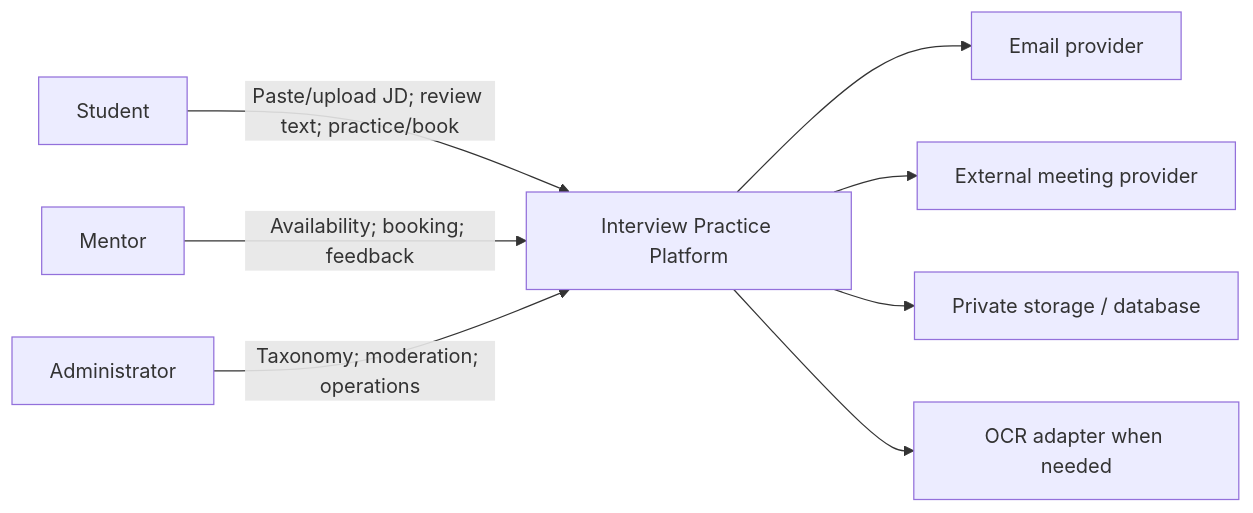
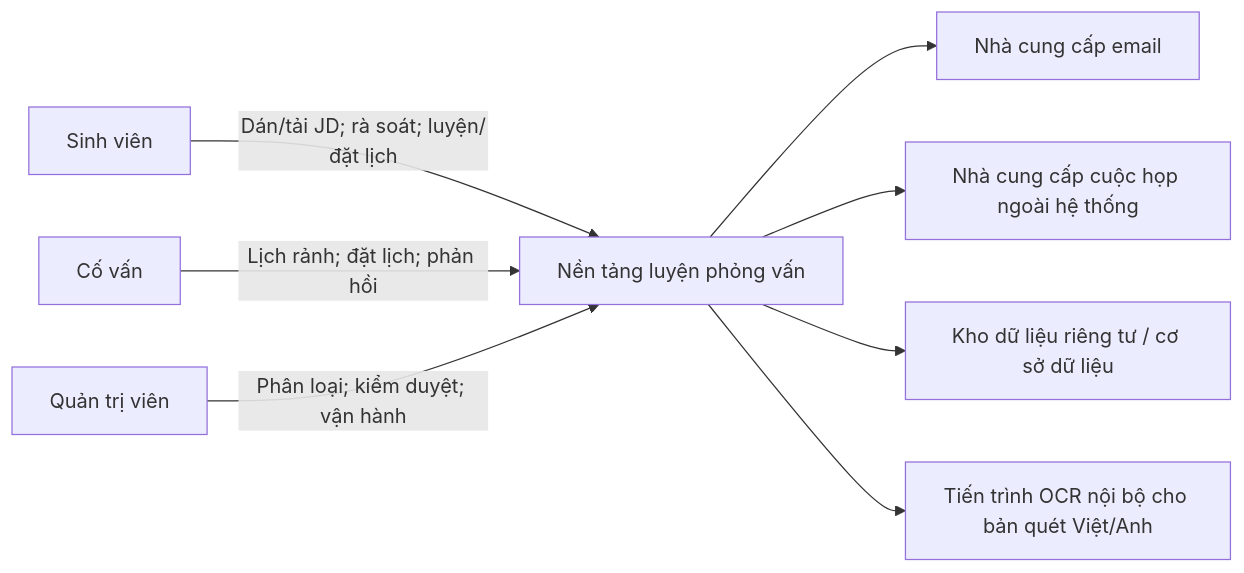
One commit to tnnhuaa/InterviewQuestionBank changed the diagram in docs/Project_Vision_and_Scope/Project_Vision_and_Scope.md. Above: the diagram before and after it, drawn with Mermaid. The commit also changed other lines of this file and 134 other files, not shown here.

````diff
--- a/docs/Project_Vision_and_Scope/Project_Vision_and_Scope.md
+++ b/docs/Project_Vision_and_Scope/Project_Vision_and_Scope.md
@@ -161,10 +163,10 @@
 ```mermaid
 flowchart LR
-    Student["Student"] -->|"Paste/upload JD; review text; practice/book"| System["Interview Practice Platform"]
-    Mentor["Mentor"] -->|"Availability; booking; feedback"| System
-    Admin["Administrator"] -->|"Taxonomy; moderation; operations"| System
-    System --> Email["Email provider"]
-    System --> Meet["External meeting provider"]
-    System --> Store["Private storage / database"]
-    System --> OCR["OCR adapter when needed"]
+    Student["Sinh viên"] -->|"Dán/tải JD; rà soát; luyện/đặt lịch"| System["Nền tảng luyện phỏng vấn"]
+    Mentor["Cố vấn"] -->|"Lịch rảnh; đặt lịch; phản hồi"| System
+    Admin["Quản trị viên"] -->|"Phân loại; kiểm duyệt; vận hành"| System
+    System --> Email["Nhà cung cấp email"]
+    System --> Meet["Nhà cung cấp cuộc họp ngoài hệ thống"]
+    System --> Store["Kho dữ liệu riêng tư / cơ sở dữ liệu"]
+    System --> OCR["Tiến trình OCR nội bộ cho bản quét Việt/Anh"]
 ```
````
